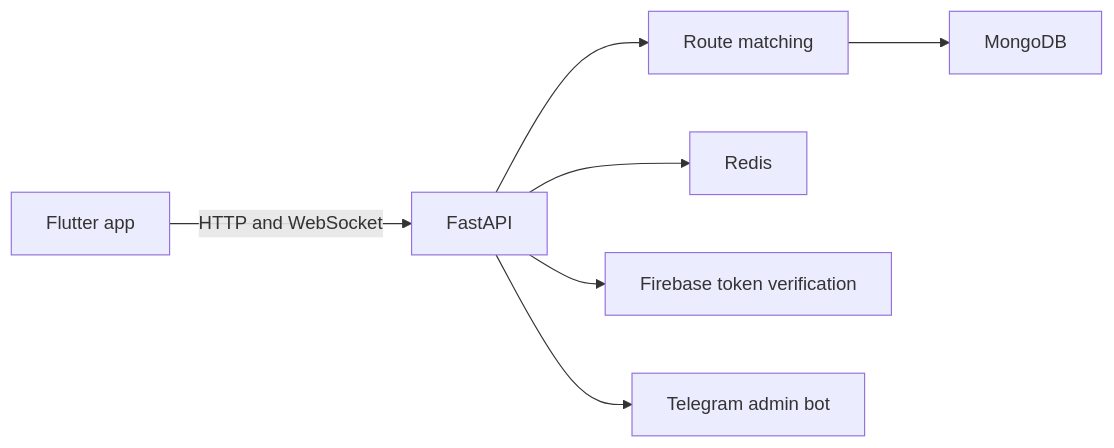
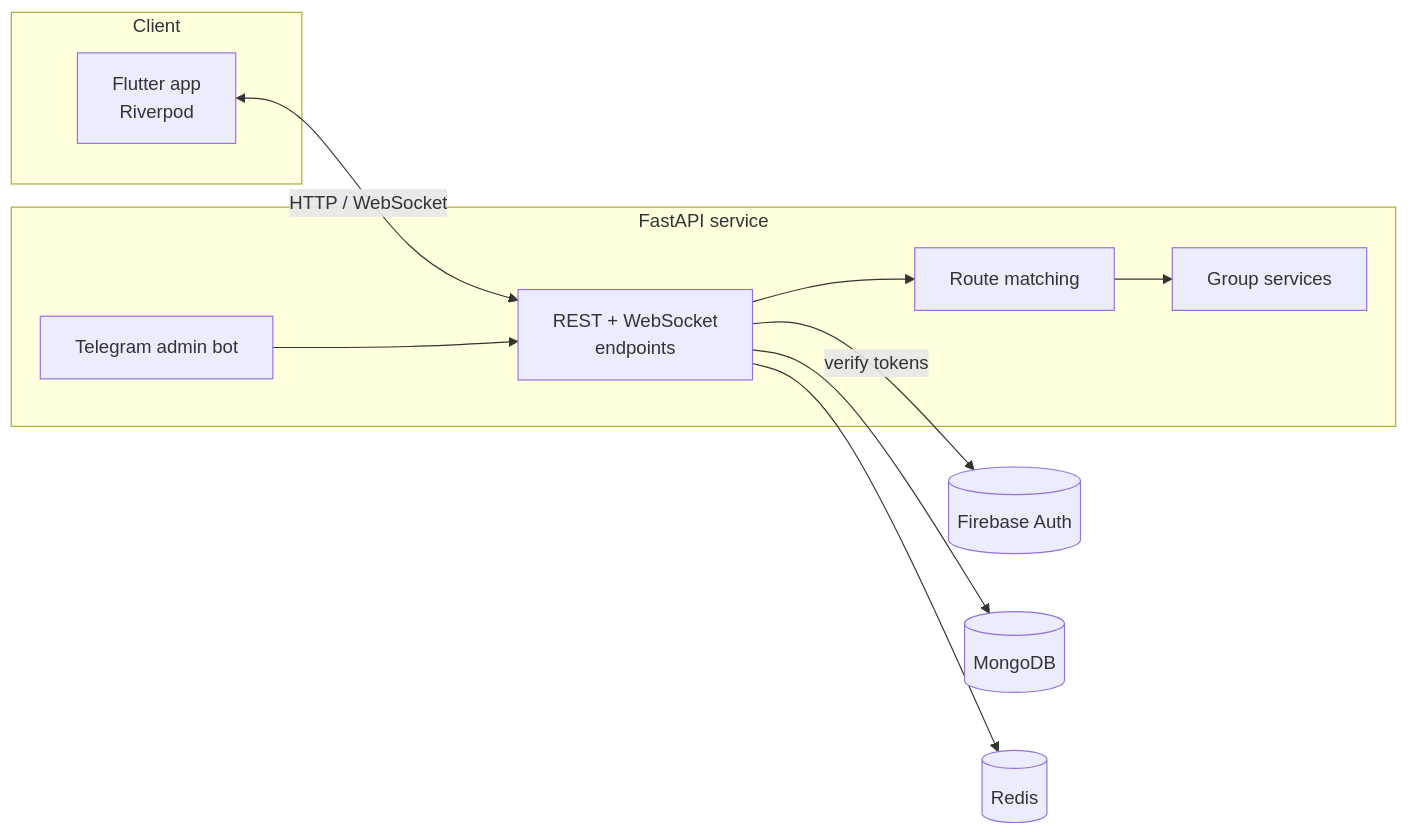
The second of 2 diagrams in README.md (ChristopherJoshy/Orix), drawn with Mermaid before and after one commit. The commit also changed other lines of this file, not shown here.

````diff
--- a/README.md
+++ b/README.md
@@ -19,9 +184,20 @@
 ```mermaid
 flowchart LR
-  A[Flutter app] -->|HTTP and WebSocket| B[FastAPI]
-  B --> C[Route matching]
-  C --> D[MongoDB]
-  B --> E[Redis]
-  B --> F[Firebase token verification]
-  B --> G[Telegram admin bot]
+    subgraph Client
+        A[Flutter app<br/>Riverpod]
+    end
+
+    subgraph Backend[FastAPI service]
+        B[REST + WebSocket<br/>endpoints]
+        C[Route matching]
+        D[Group services]
+        T[Telegram admin bot]
+    end
+
+    A <-->|HTTP / WebSocket| B
+    B --> C --> D
+    B -->|verify tokens| F[(Firebase Auth)]
+    B --> M[(MongoDB)]
+    B --> R[(Redis)]
+    T --> B
 ```
````
